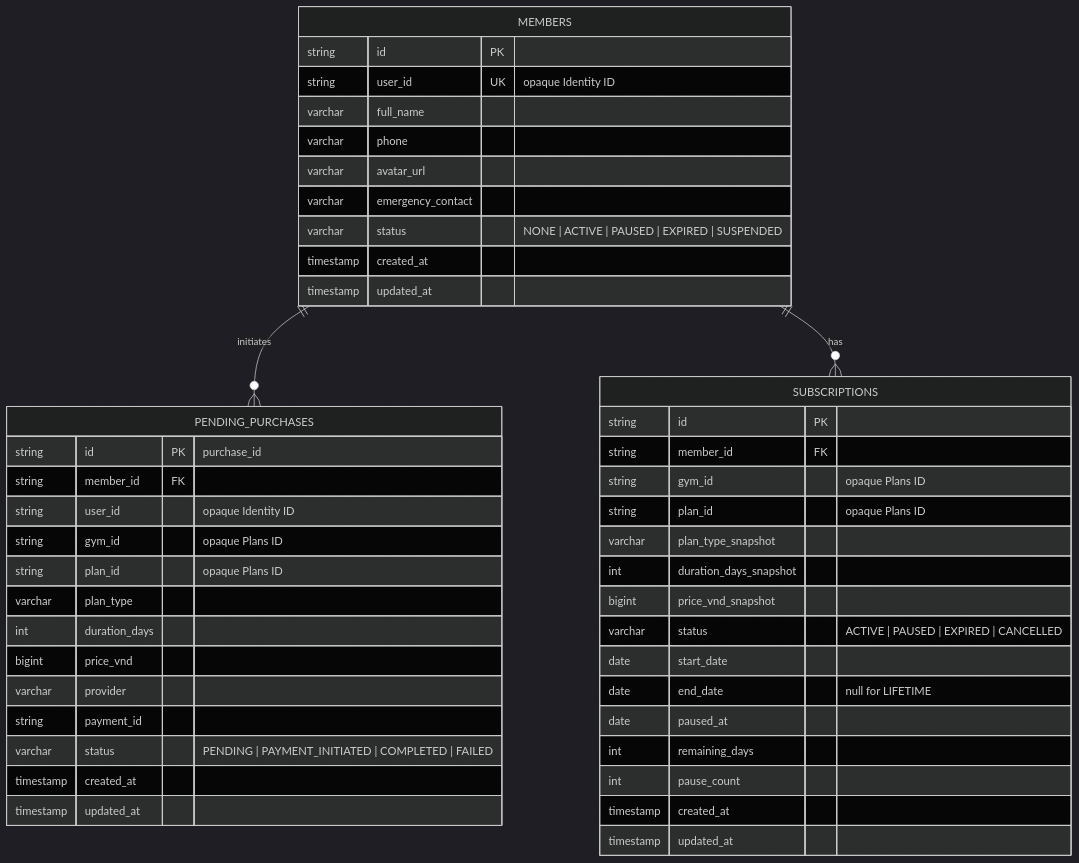
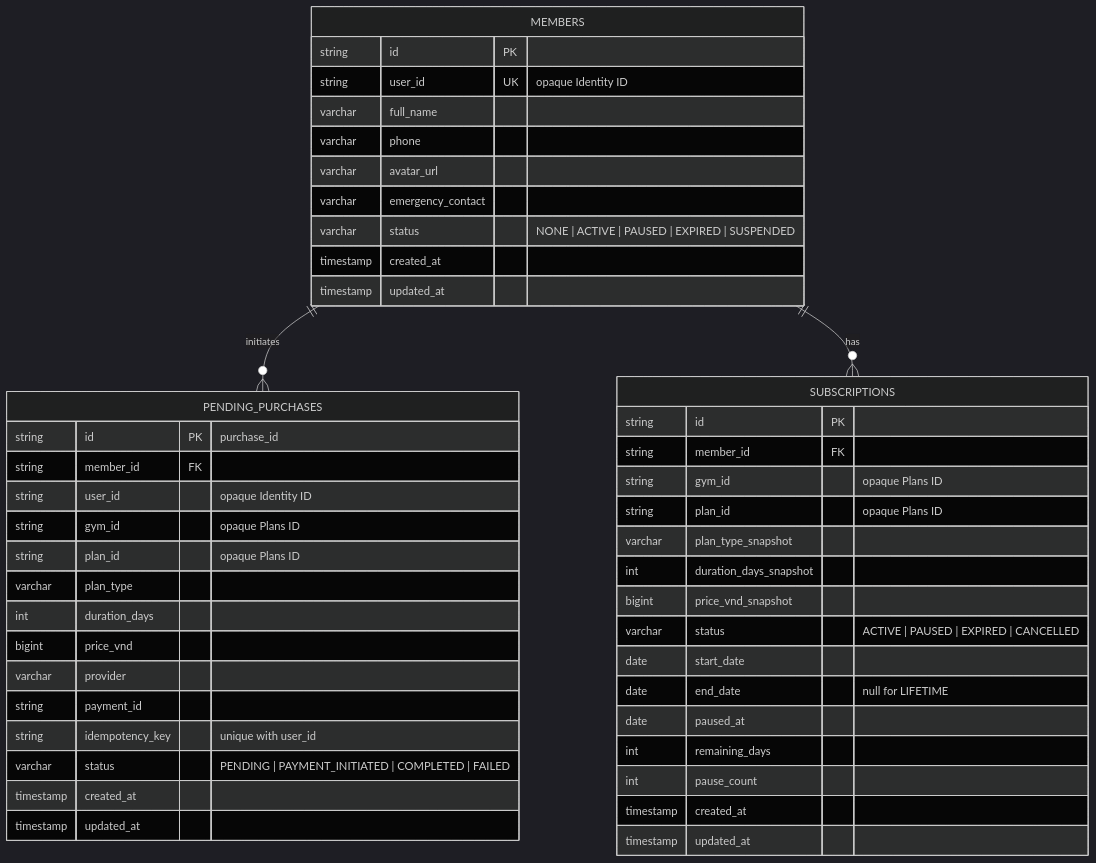
The third of 3 diagrams in services/02-ms-gym-member.md (pploc/gym-architect), drawn with Mermaid (dark theme) before and after one commit. The commit also changed other lines of this file and 4 other files, not shown here.

````diff
--- a/services/02-ms-gym-member.md
+++ b/services/02-ms-gym-member.md
@@ -78,51 +79,52 @@
 ```mermaid
 erDiagram
     MEMBERS {
         string id PK
         string user_id UK "opaque Identity ID"
         varchar full_name
         varchar phone
         varchar avatar_url
         varchar emergency_contact
         varchar status "NONE | ACTIVE | PAUSED | EXPIRED | SUSPENDED"
         timestamp created_at
         timestamp updated_at
     }
 
     PENDING_PURCHASES {
         string id PK "purchase_id"
         string member_id FK
         string user_id "opaque Identity ID"
         string gym_id "opaque Plans ID"
         string plan_id "opaque Plans ID"
         varchar plan_type
         int duration_days
         bigint price_vnd
         varchar provider
         string payment_id
+        string idempotency_key "unique with user_id"
         varchar status "PENDING | PAYMENT_INITIATED | COMPLETED | FAILED"
         timestamp created_at
         timestamp updated_at
     }
 
     SUBSCRIPTIONS {
         string id PK
         string member_id FK
         string gym_id "opaque Plans ID"
         string plan_id "opaque Plans ID"
         varchar plan_type_snapshot
         int duration_days_snapshot
         bigint price_vnd_snapshot
         varchar status "ACTIVE | PAUSED | EXPIRED | CANCELLED"
         date start_date
         date end_date "null for LIFETIME"
         date paused_at
         int remaining_days
         int pause_count
         timestamp created_at
         timestamp updated_at
     }
 
     MEMBERS ||--o{ PENDING_PURCHASES : initiates
     MEMBERS ||--o{ SUBSCRIPTIONS : has
 ```
````
